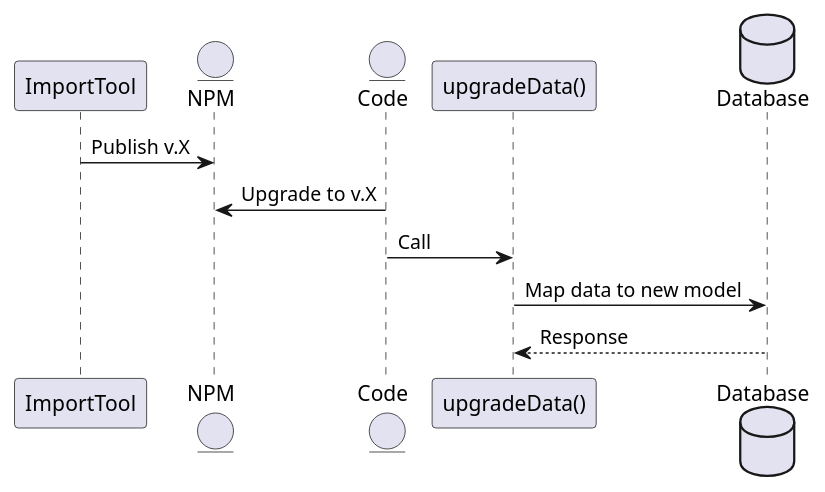
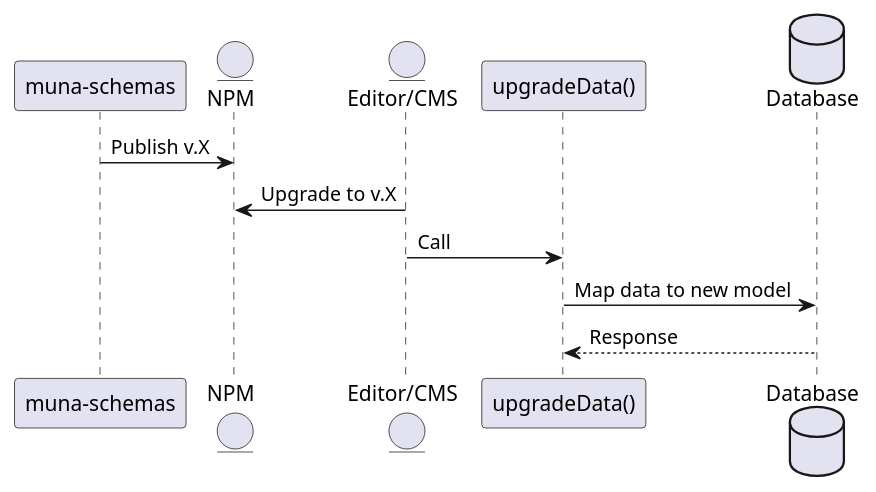
Before and after one commit to uib-ub/exhibition-decriminalizing-history-sanity-nextjs: the diagram in docs/diagrams/src/import-tool-upgrade-sequence.puml, drawn with PlantUML. The commit also changed 1 other file, not shown here.

Commit message:
Update docs diagram

```diff
--- a/docs/diagrams/src/import-tool-upgrade-sequence.puml
+++ b/docs/diagrams/src/import-tool-upgrade-sequence.puml
@@ -1,12 +1,12 @@
-@startuml
-participant      ImportTool as plugin
+@startuml "Upgrade sequence"
+participant      "muna-schemas" as plugin
 entity       NPM       as npm
-entity    Code    as code
+entity    "Editor/CMS"    as code
 participant     "upgradeData()"     as upgrade
 database    Database    as db
 plugin -> npm : Publish v.X 
 code -> npm : Upgrade to v.X
 code -> upgrade : Call
 upgrade -> db : Map data to new model
 upgrade <-- db : Response
 @enduml
```
